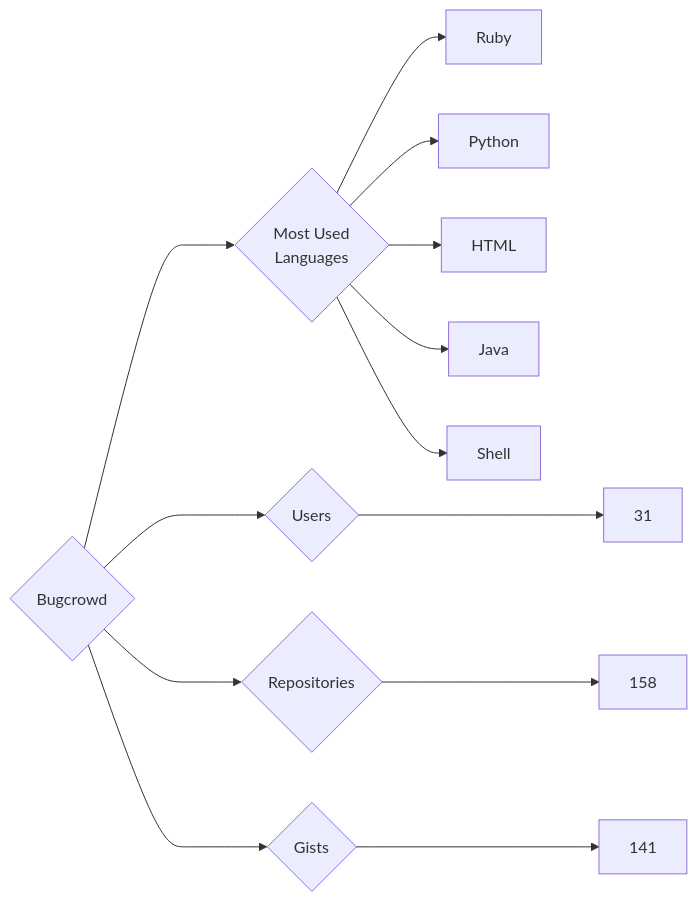
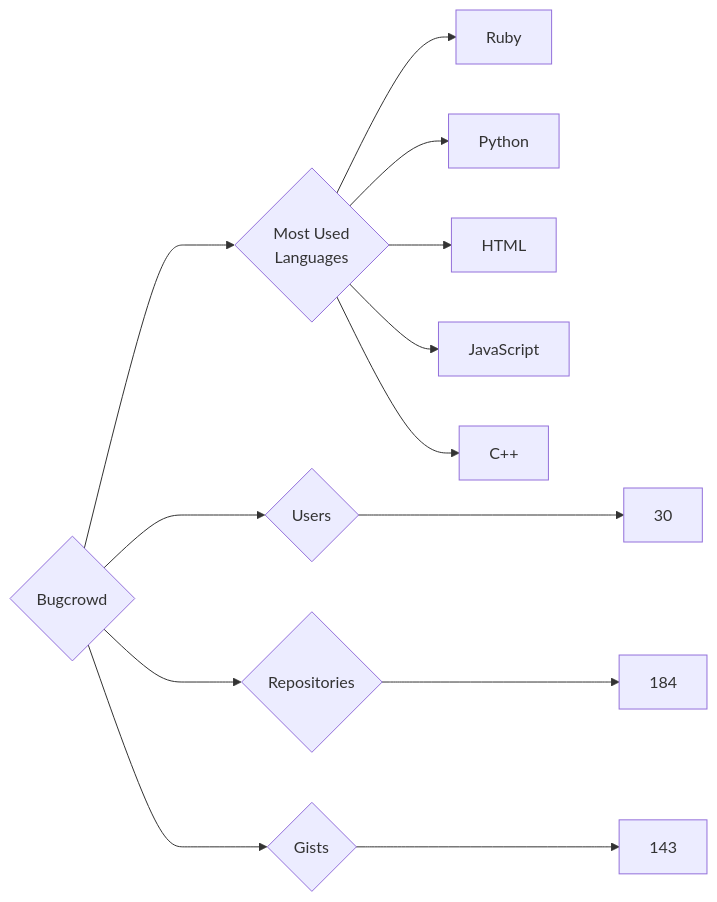
One commit to trickest/insiders changed the diagram in targets/Bugcrowd/README.md. Above: the diagram before and after it, drawn with Mermaid. The commit also changed 657 other files, not shown here.

````diff
--- a/targets/Bugcrowd/README.md
+++ b/targets/Bugcrowd/README.md
@@ -3,13 +3,13 @@
 ```mermaid
 graph LR
 COMPANY_NAME{Bugcrowd}
-COMPANY_NAME ---> U{Users} ---> UN[31]
-COMPANY_NAME ---> R{Repositories} ---> RN[158]
-COMPANY_NAME ---> G{Gists} ---> GN[141]
+COMPANY_NAME ---> U{Users} ---> UN[30]
+COMPANY_NAME ---> R{Repositories} ---> RN[184]
+COMPANY_NAME ---> G{Gists} ---> GN[143]
 COMPANY_NAME ---> ML{Most Used<br>Languages}
 ML --> Ruby[Ruby]
 ML --> Python[Python]
 ML --> HTML[HTML]
-ML --> Java[Java]
-ML --> Shell[Shell]
+ML --> JavaScript[JavaScript]
+ML --> C++[C++]
 ```
````
